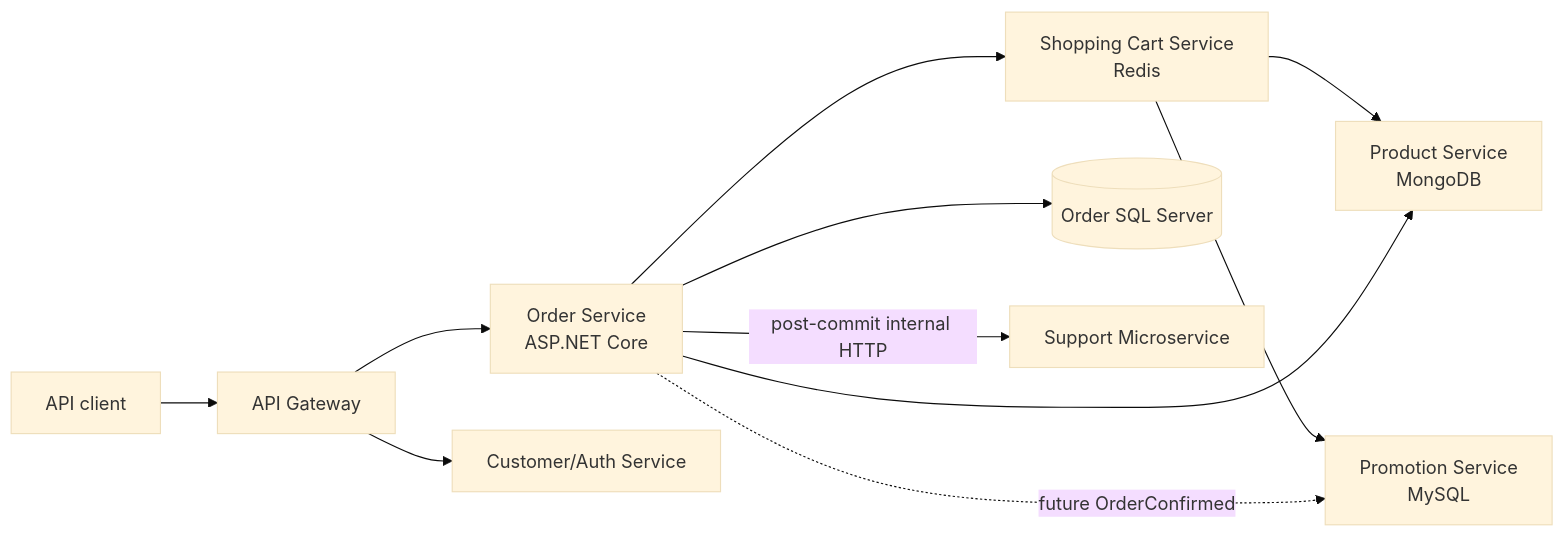
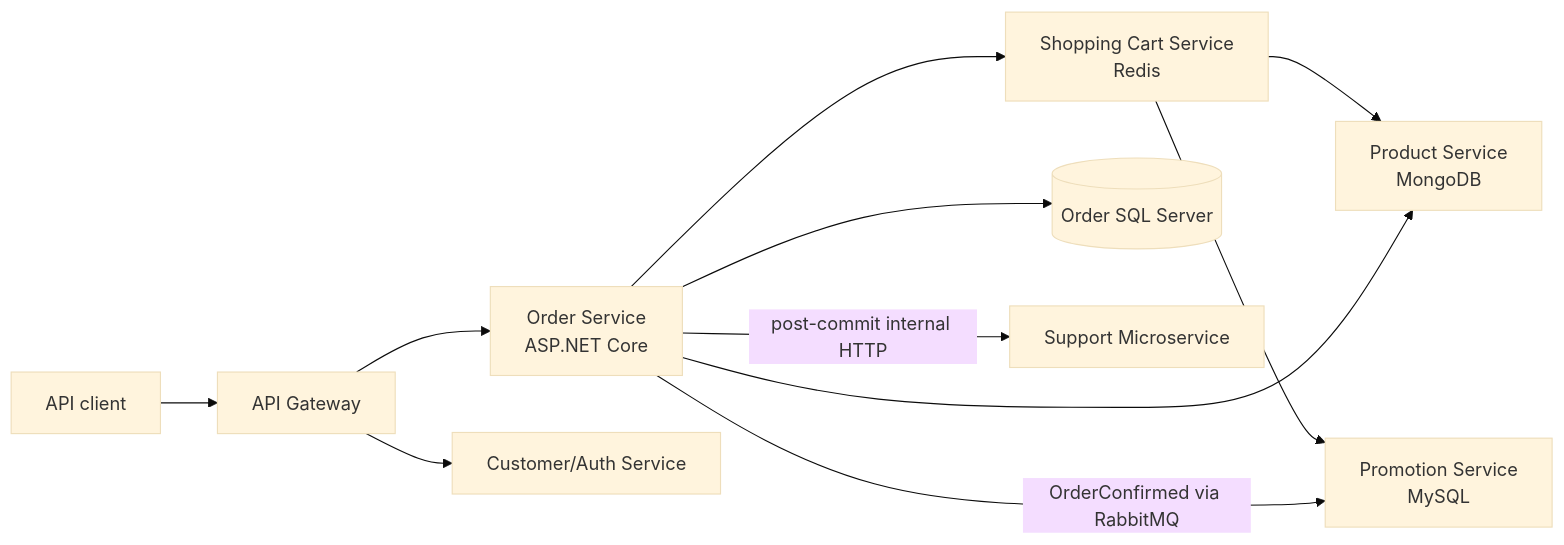
One commit to Back-End-Cloud-Computing/order changed the first of 4 diagrams in docs/SDD.md. Above: the diagram before and after it, drawn with Mermaid (base theme). The commit also changed other lines of this file and 44 other files, not shown here.

Commit message:
feat: publish order confirmed through outbox

````diff
--- a/docs/SDD.md
+++ b/docs/SDD.md
@@ -65,13 +67,13 @@
 ```mermaid
 flowchart LR
     Client[API client] --> Gateway[API Gateway]
     Gateway --> Order[Order Service<br/>ASP.NET Core]
     Gateway --> Customer[Customer/Auth Service]
     Order --> Cart[Shopping Cart Service<br/>Redis]
     Cart --> Product[Product Service<br/>MongoDB]
     Cart --> Promotion[Promotion Service<br/>MySQL]
     Order --> Product
-    Order -. future OrderConfirmed .-> Promotion
+    Order -->|OrderConfirmed via RabbitMQ| Promotion
     Order --> Sql[(Order SQL Server)]
     Order -->|post-commit internal HTTP| Support[Support Microservice]
 ```
````
